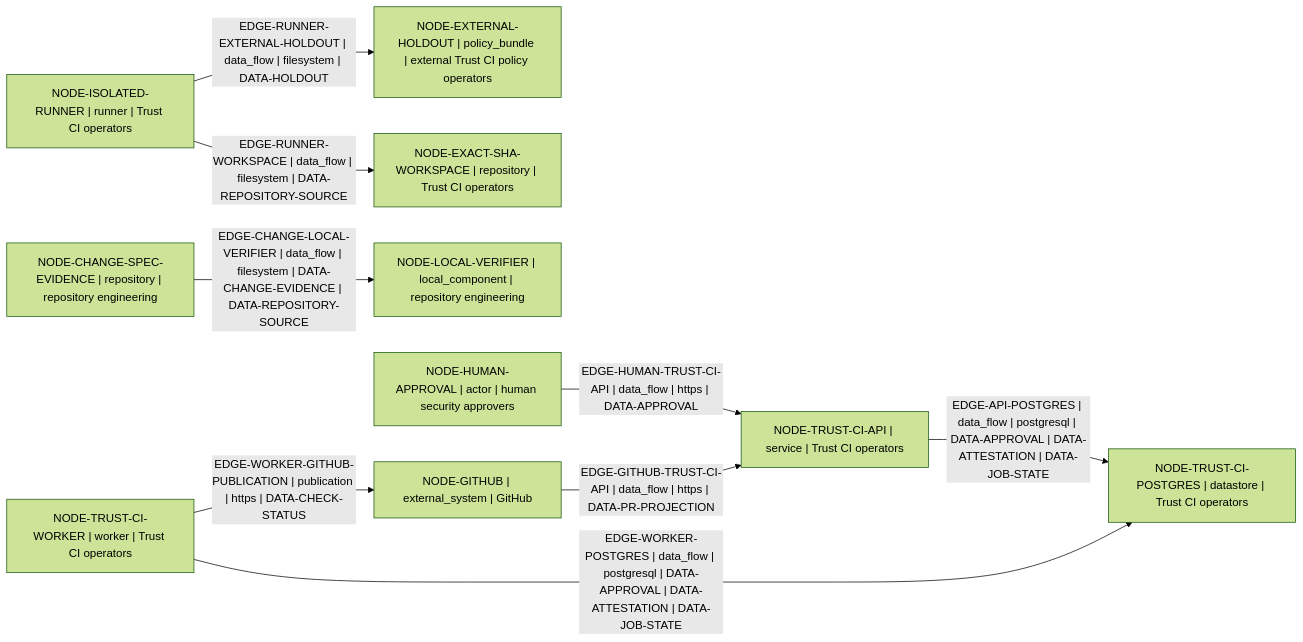
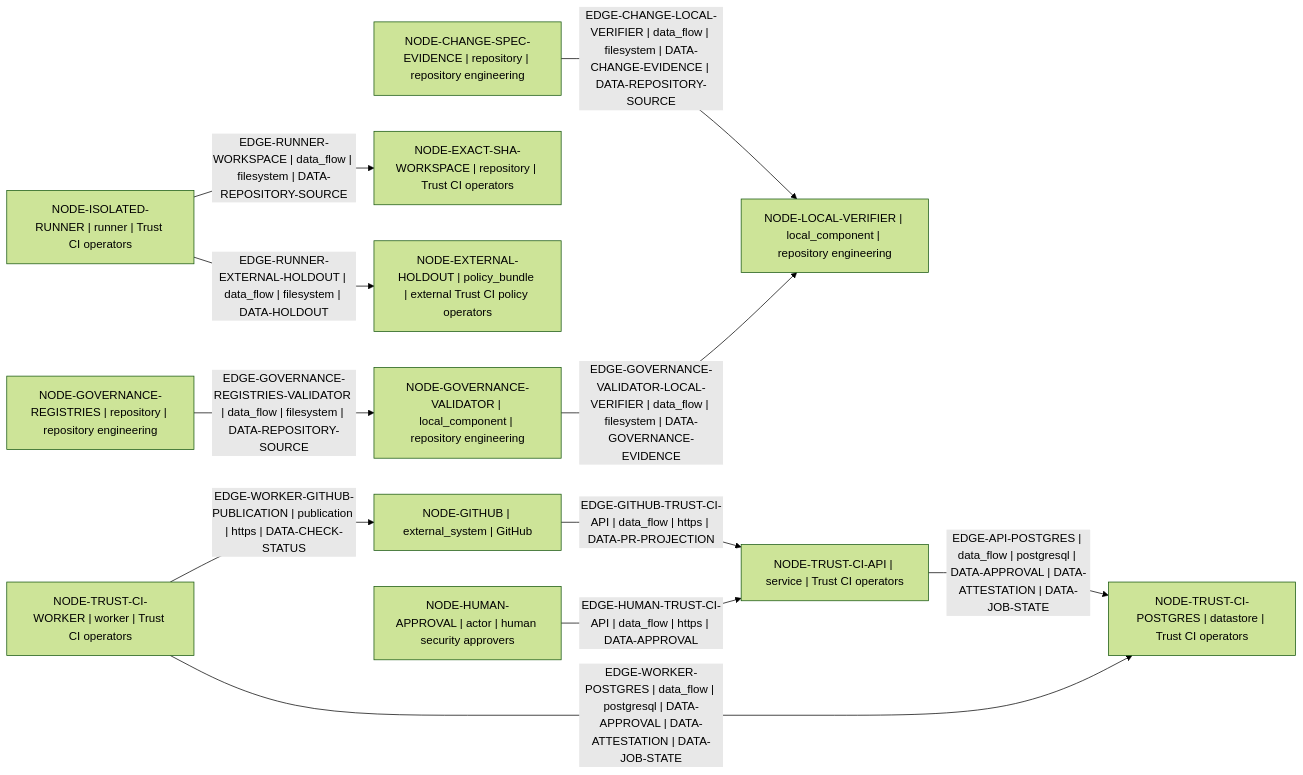
The diagram in architecture/generated/data-flow.mmd (Dimkox/adaptive-grok-build-pro), drawn with Mermaid (forest theme) before and after one commit. The commit also changed 10 other files, not shown here.

Commit message:
feat: model controlled governance architecture

```diff
--- a/architecture/generated/data-flow.mmd
+++ b/architecture/generated/data-flow.mmd
@@ -1,19 +1,23 @@
 flowchart LR
   node_8938bd3db1932751["NODE-CHANGE-SPEC-EVIDENCE | repository | repository engineering"]
   node_2e8a7072de3f3743["NODE-EXACT-SHA-WORKSPACE | repository | Trust CI operators"]
   node_0a0fe2f046a648e9["NODE-EXTERNAL-HOLDOUT | policy_bundle | external Trust CI policy operators"]
   node_8b8a8cd21b180532["NODE-GITHUB | external_system | GitHub"]
+  node_dfd1104494c6ab8f["NODE-GOVERNANCE-REGISTRIES | repository | repository engineering"]
+  node_23677f8757246623["NODE-GOVERNANCE-VALIDATOR | local_component | repository engineering"]
   node_e4e37173e410ad23["NODE-HUMAN-APPROVAL | actor | human security approvers"]
   node_1c3a10ba26a8e80d["NODE-ISOLATED-RUNNER | runner | Trust CI operators"]
   node_23bed8fcbfc79861["NODE-LOCAL-VERIFIER | local_component | repository engineering"]
   node_d0e570b2fbe52f98["NODE-TRUST-CI-API | service | Trust CI operators"]
   node_1a6c7efb2d08591b["NODE-TRUST-CI-POSTGRES | datastore | Trust CI operators"]
   node_070dda93443dcc1f["NODE-TRUST-CI-WORKER | worker | Trust CI operators"]
   node_d0e570b2fbe52f98 -->|"EDGE-API-POSTGRES | data_flow | postgresql | DATA-APPROVAL | DATA-ATTESTATION | DATA-JOB-STATE"| node_1a6c7efb2d08591b
   node_8938bd3db1932751 -->|"EDGE-CHANGE-LOCAL-VERIFIER | data_flow | filesystem | DATA-CHANGE-EVIDENCE | DATA-REPOSITORY-SOURCE"| node_23bed8fcbfc79861
   node_8b8a8cd21b180532 -->|"EDGE-GITHUB-TRUST-CI-API | data_flow | https | DATA-PR-PROJECTION"| node_d0e570b2fbe52f98
+  node_dfd1104494c6ab8f -->|"EDGE-GOVERNANCE-REGISTRIES-VALIDATOR | data_flow | filesystem | DATA-REPOSITORY-SOURCE"| node_23677f8757246623
+  node_23677f8757246623 -->|"EDGE-GOVERNANCE-VALIDATOR-LOCAL-VERIFIER | data_flow | filesystem | DATA-GOVERNANCE-EVIDENCE"| node_23bed8fcbfc79861
   node_e4e37173e410ad23 -->|"EDGE-HUMAN-TRUST-CI-API | data_flow | https | DATA-APPROVAL"| node_d0e570b2fbe52f98
   node_1c3a10ba26a8e80d -->|"EDGE-RUNNER-EXTERNAL-HOLDOUT | data_flow | filesystem | DATA-HOLDOUT"| node_0a0fe2f046a648e9
   node_1c3a10ba26a8e80d -->|"EDGE-RUNNER-WORKSPACE | data_flow | filesystem | DATA-REPOSITORY-SOURCE"| node_2e8a7072de3f3743
   node_070dda93443dcc1f -->|"EDGE-WORKER-GITHUB-PUBLICATION | publication | https | DATA-CHECK-STATUS"| node_8b8a8cd21b180532
   node_070dda93443dcc1f -->|"EDGE-WORKER-POSTGRES | data_flow | postgresql | DATA-APPROVAL | DATA-ATTESTATION | DATA-JOB-STATE"| node_1a6c7efb2d08591b
```
